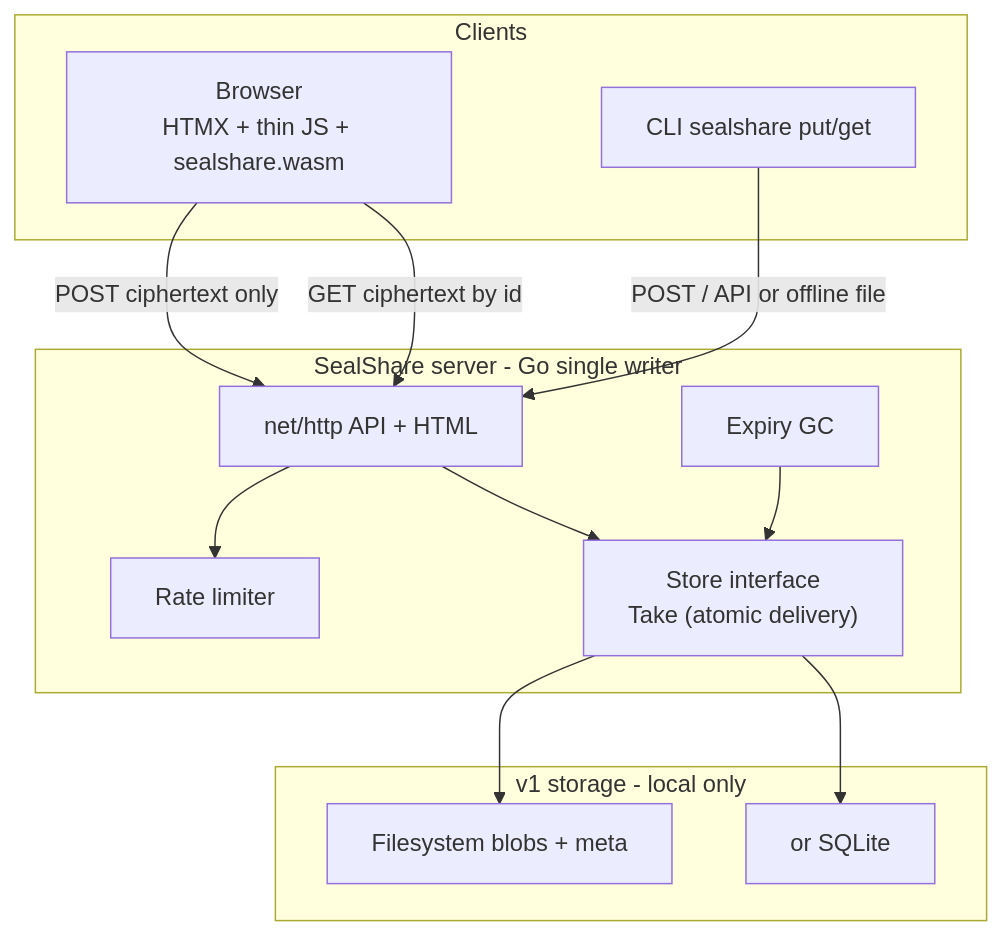
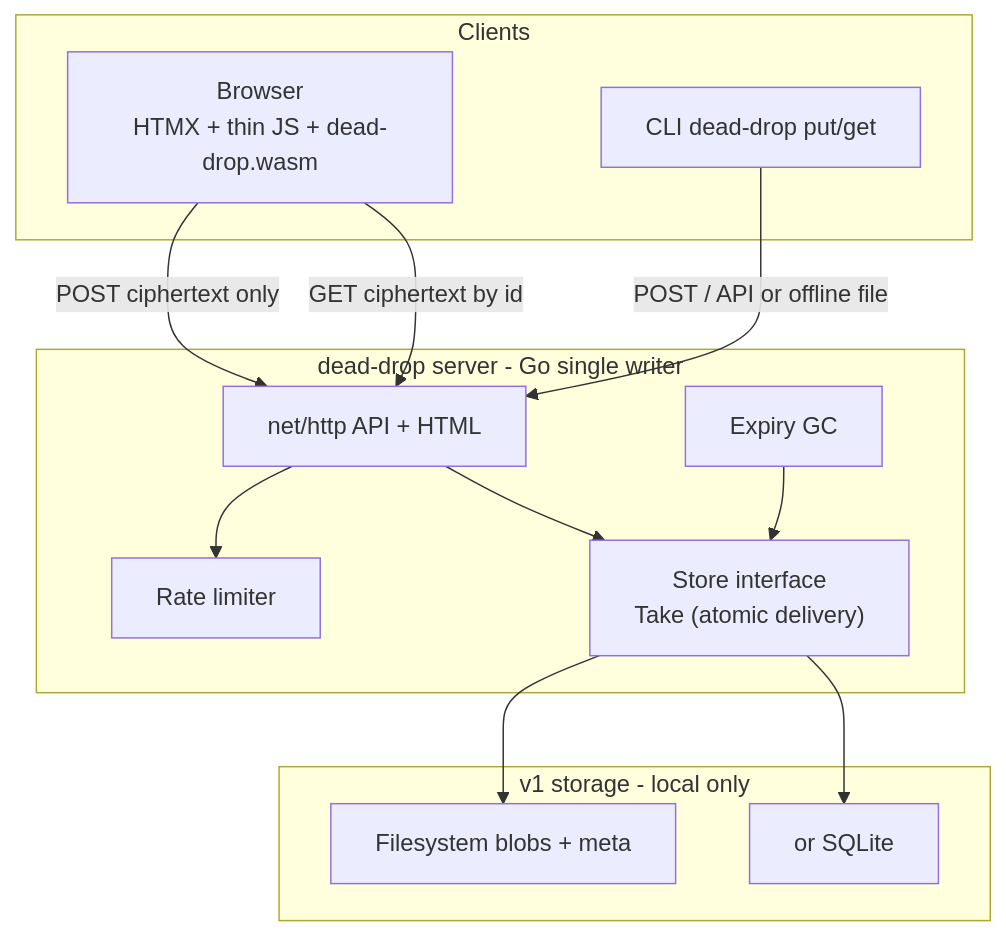
The first of 6 diagrams in DESIGN.md (donkeyx/dead-drop), drawn with Mermaid before and after one commit. The commit also changed other lines of this file and 2 other files, not shown here.

First line of the commit message:
docs: rebrand SealShare → dead-drop

````diff
--- a/DESIGN.md
+++ b/DESIGN.md
@@ -97,28 +97,28 @@
 ```mermaid
 flowchart TB
   subgraph clients [Clients]
-    Browser["Browser<br/>HTMX + thin JS + sealshare.wasm"]
-    CLI["CLI sealshare put/get"]
+    Browser["Browser<br/>HTMX + thin JS + dead-drop.wasm"]
+    CLI["CLI dead-drop put/get"]
   end
 
-  subgraph server [SealShare server - Go single writer]
+  subgraph server [dead-drop server - Go single writer]
     HTTP["net/http API + HTML"]
     Store["Store interface<br/>Take (atomic delivery)"]
     GC["Expiry GC"]
     RL["Rate limiter"]
   end
 
   subgraph storage [v1 storage - local only]
     FS["Filesystem blobs + meta"]
     SQLite["or SQLite"]
   end
 
   Browser -->|"POST ciphertext only"| HTTP
   CLI -->|"POST / API or offline file"| HTTP
   Browser -->|"GET ciphertext by id"| HTTP
   HTTP --> RL
   HTTP --> Store
   Store --> FS
   Store --> SQLite
   GC --> Store
 ```
````
